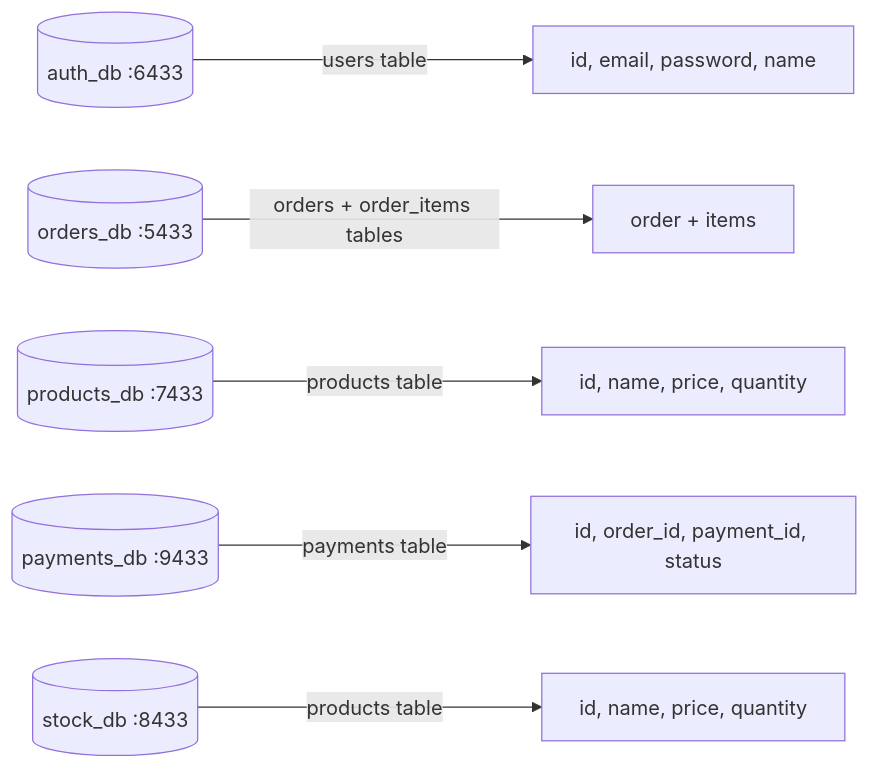
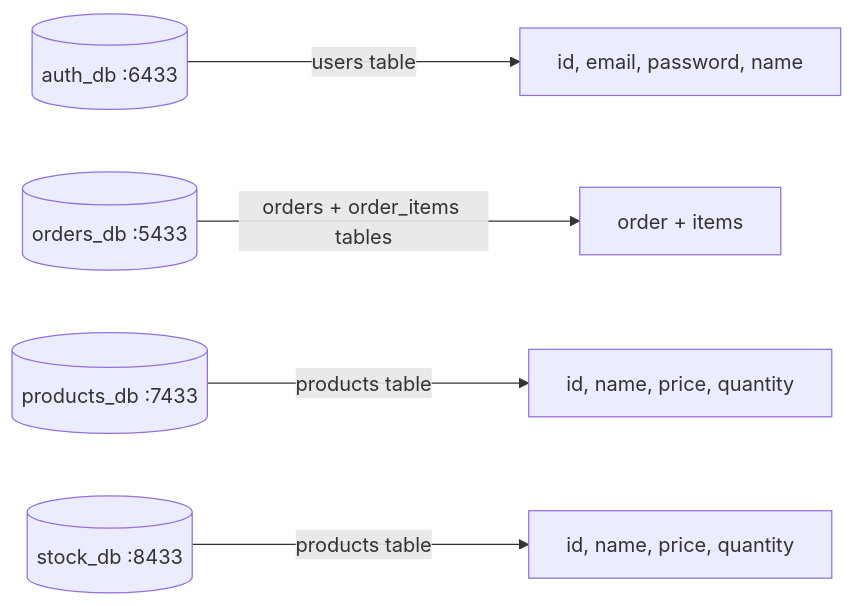
The third of 3 diagrams in architecture.md (Akene-Uzezi/ecommerce-microservice), drawn with Mermaid before and after one commit. The commit also changed other lines of this file and 1 other file, not shown here.

````diff
--- a/architecture.md
+++ b/architecture.md
@@ -89,14 +87,12 @@
 ```mermaid
 graph LR
     AuthDB[(auth_db :6433)]
     OrdersDB[(orders_db :5433)]
     ProductsDB[(products_db :7433)]
-    PaymentsDB[(payments_db :9433)]
     StockDB[(stock_db :8433)]
 
     AuthDB -->|users table| AuthSchema[id, email, password, name]
     OrdersDB -->|orders + order_items tables| OrdersSchema[order + items]
     ProductsDB -->|products table| ProductsSchema[id, name, price, quantity]
-    PaymentsDB -->|payments table| PaymentsSchema[id, order_id, payment_id, status]
     StockDB -->|products table| StockSchema[id, name, price, quantity]
 ```
````
